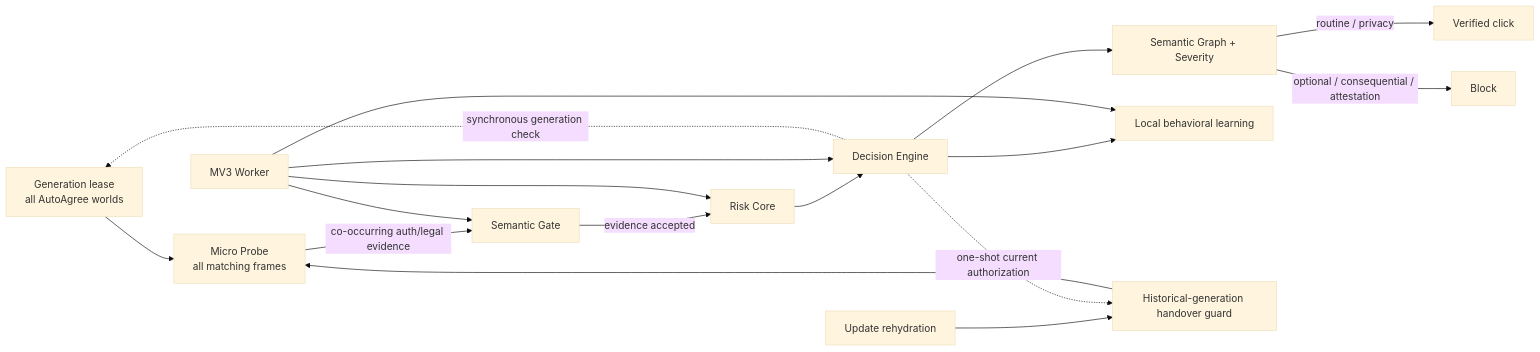
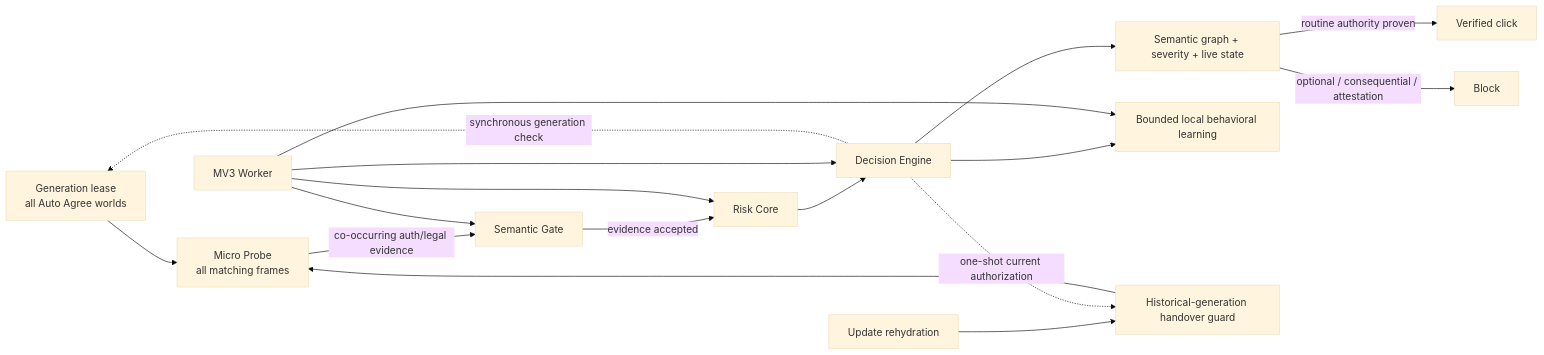
Before and after one commit to QzCrane/auto-agree: the diagram in README.md, drawn with Mermaid (base theme). The commit also changed other lines of this file and 24 other files, not shown here.

First line of the commit message:
release: Auto Agree v11.0.0

````diff
--- a/README.md
+++ b/README.md
@@ -21,19 +23,19 @@
 ```mermaid
 flowchart LR
-  L[Generation lease\nall AutoAgree worlds] --> P[Micro Probe\nall matching frames]
+  L[Generation lease\nall Auto Agree worlds] --> P[Micro Probe\nall matching frames]
   P -->|co-occurring auth/legal evidence| G[Semantic Gate]
   G -->|evidence accepted| R[Risk Core]
   R --> E[Decision Engine]
-  E --> S[Semantic Graph + Severity]
-  S -->|routine / privacy| C[Verified click]
+  E --> S[Semantic graph + severity + live state]
+  S -->|routine authority proven| C[Verified click]
   S -->|optional / consequential / attestation| B[Block]
-  E --> V[Local behavioral learning]
+  E --> V[Bounded local behavioral learning]
   W[MV3 Worker] --> G
   W --> R
   W --> E
   W --> V
   U[Update rehydration] --> H[Historical-generation handover guard]
   H --> P
   E -. one-shot current authorization .-> H
   E -. synchronous generation check .-> L
 ```
````
